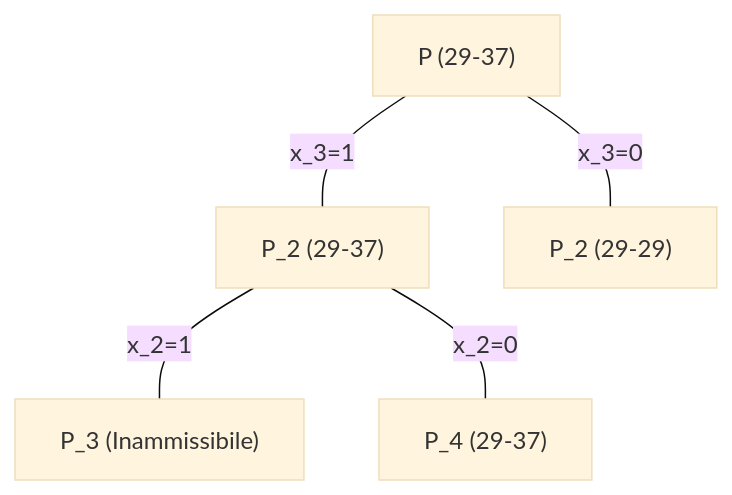
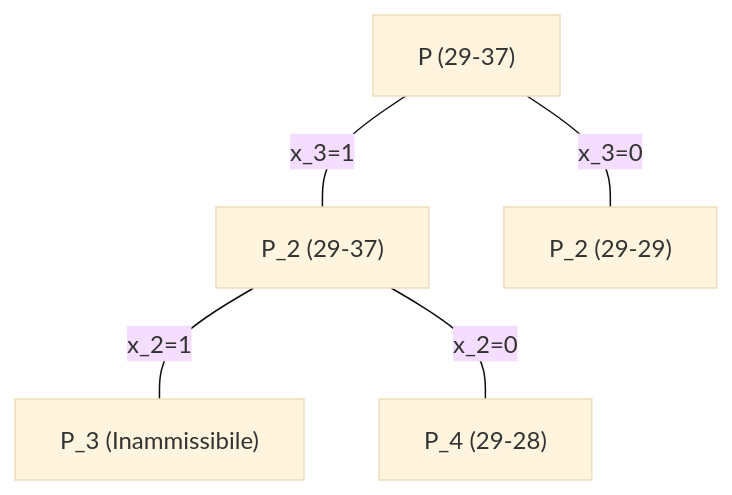
Before and after one commit to SuperSamus/appunti-universitari: the second of 8 diagrams in Ricerca operativa/Programmazione lineare/Programmazione lineare intera/Metodi enumerativi.md, drawn with Mermaid (base theme). The commit also changed other lines of this file and 21 other files, not shown here.

````diff
--- a/Ricerca operativa/Programmazione lineare/Programmazione lineare intera/Metodi enumerativi.md
+++ b/Ricerca operativa/Programmazione lineare/Programmazione lineare intera/Metodi enumerativi.md
@@ -101,7 +103,7 @@
 ```mermaid
 flowchart TD
 P["P (29-37)"] --- |x_3=1| P_1["P_2 (29-37)"]
 P_1 --- |x_2=1| P_3["P_3 (Inammissibile)"]
-P_1 --- |x_2=0| P_4["P_4 (29-37)"]
+P_1 --- |x_2=0| P_4["P_4 (29-28)"]
 P --- |x_3=0| P_2["P_2 (29-29)"]
 ```
````
